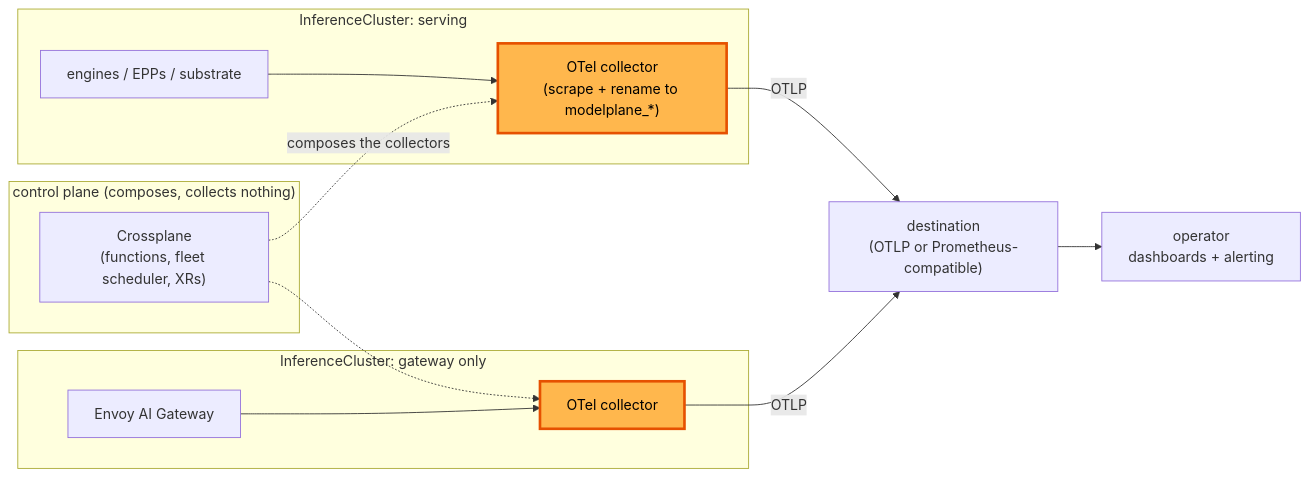
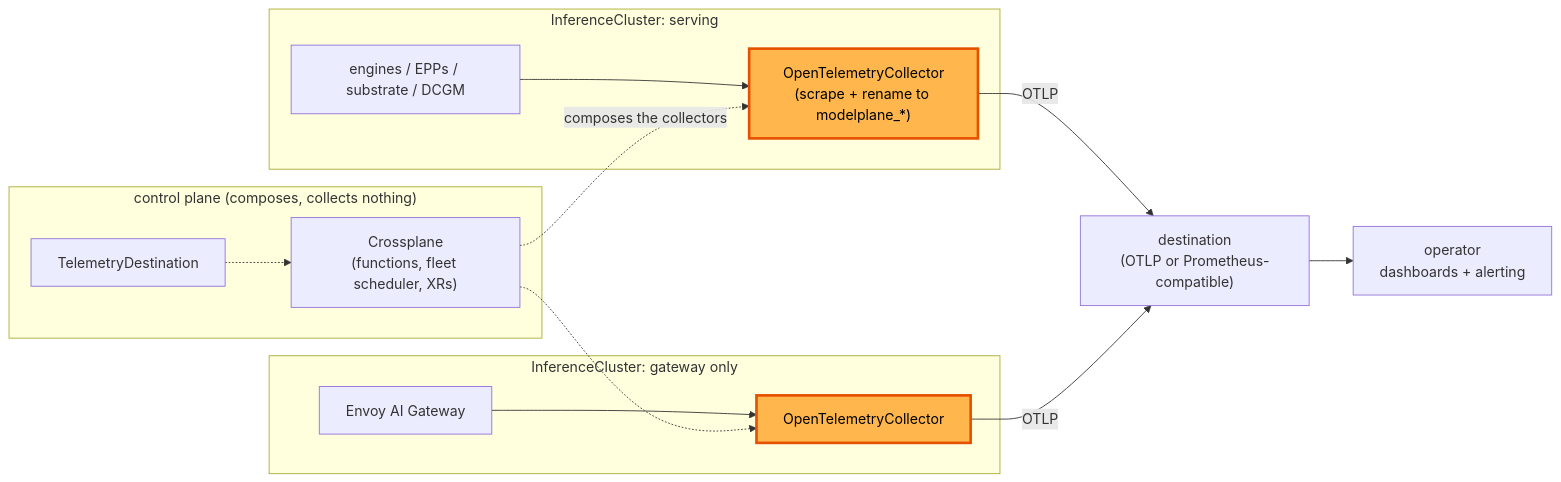
The diagram in design/metrics.md (dennis-upbound/modelplane), drawn with Mermaid before and after one commit. The commit also changed other lines of this file, not shown here.

````diff
--- a/design/metrics.md
+++ b/design/metrics.md
@@ -652,25 +649,27 @@
 ```mermaid
 flowchart LR
     subgraph icA["InferenceCluster: serving"]
-        SA["engines / EPPs / substrate"]
-        CA["OTel collector\n(scrape + rename to modelplane_*)"]
+        SA["engines / EPPs / substrate / DCGM"]
+        CA["OpenTelemetryCollector\n(scrape + rename to modelplane_*)"]
     end
     subgraph icB["InferenceCluster: gateway only"]
         SB["Envoy AI Gateway"]
-        CB["OTel collector"]
+        CB["OpenTelemetryCollector"]
     end
     subgraph cp["control plane (composes, collects nothing)"]
         XP["Crossplane\n(functions, fleet scheduler, XRs)"]
+        TD["TelemetryDestination"]
     end
     DEST["destination\n(OTLP or Prometheus-compatible)"]
     OP["operator\ndashboards + alerting"]
     SA --> CA
     SB --> CB
+    TD -.-> XP
     XP -.->|"composes the collectors"| CA
     XP -.-> CB
     CA -->|"OTLP"| DEST
     CB -->|"OTLP"| DEST
     DEST --> OP
     classDef new fill:#ffb74d,stroke:#e65100,stroke-width:3px,color:#000;
     class CA,CB new
 ```
````
